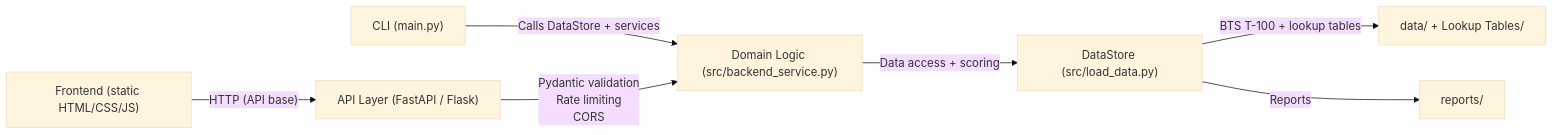
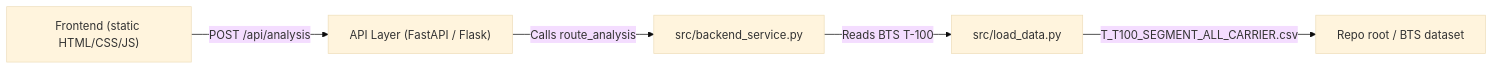
One commit to ldiaz16/Network-Project changed the diagram in docs/ARCHITECTURE.md. Above: the diagram before and after it, drawn with Mermaid (base theme). The commit also changed other lines of this file and 10 other files, not shown here.

````diff
--- a/docs/ARCHITECTURE.md
+++ b/docs/ARCHITECTURE.md
@@ -3,9 +3,7 @@
 ```mermaid
 flowchart LR
-    Browser["Frontend (static HTML/CSS/JS)"] -->|"HTTP (API base)"| API["API Layer (FastAPI / Flask)"]
-    CLI["CLI (main.py)"] -->|"Calls DataStore + services"| Domain
-    API -->|"Pydantic validation\nRate limiting\nCORS"| Domain["Domain Logic (src/backend_service.py)"]
-    Domain -->|"Data access + scoring"| DataStore["DataStore (src/load_data.py)"]
-    DataStore -->|"BTS T-100 + lookup tables"| DataDir["data/ + Lookup Tables/"]
-    DataStore -->|"Reports"| Reports["reports/"]
+    Browser["Frontend (static HTML/CSS/JS)"] -->|"POST /api/analysis"| API["API Layer (FastAPI / Flask)"]
+    API -->|"Calls route_analysis"| Domain["src/backend_service.py"]
+    Domain -->|"Reads BTS T-100"| DataStore["src/load_data.py"]
+    DataStore -->|"T_T100_SEGMENT_ALL_CARRIER.csv"| DataDir["Repo root / BTS dataset"]
 ```
````
